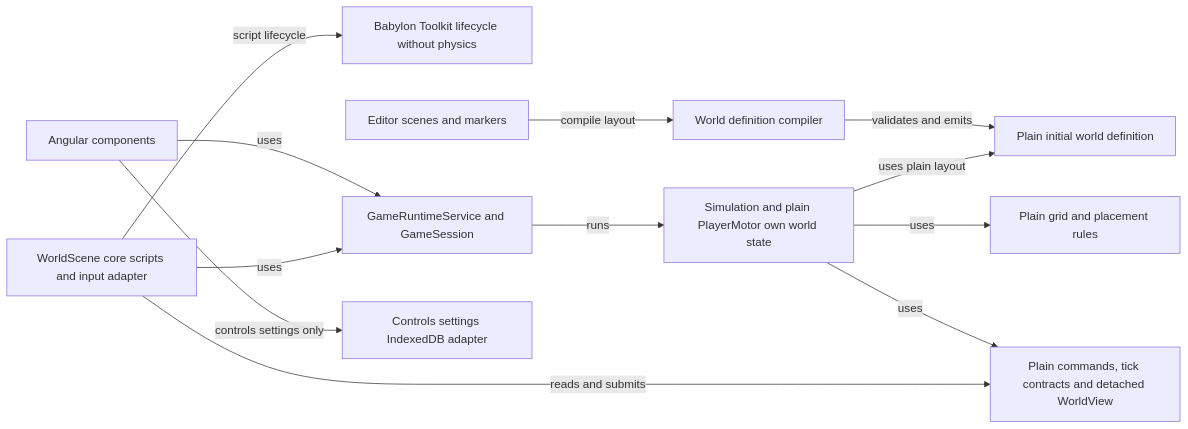
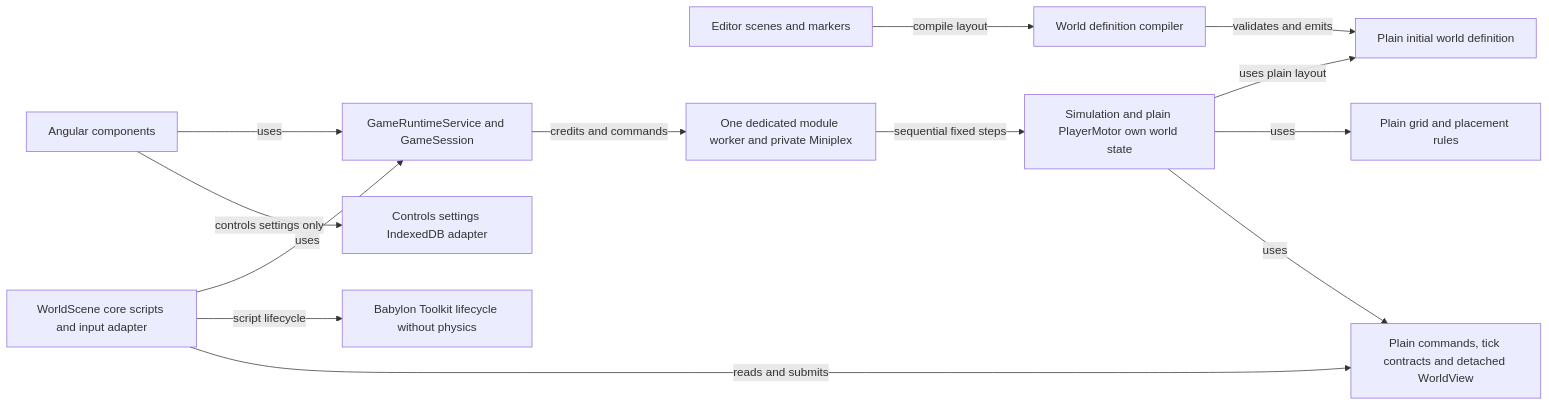
The first of 5 diagrams in docs/plans/README.md (Googlproxer/Scrapworks), drawn with Mermaid before and after one commit. The commit also changed other lines of this file and 49 other files, not shown here.

````diff
--- a/docs/plans/README.md
+++ b/docs/plans/README.md
@@ -120,26 +122,28 @@
 ```mermaid
 flowchart LR
     Angular[Angular components]
     Babylon[WorldScene core scripts and input adapter]
     Toolkit[Babylon Toolkit lifecycle without physics]
     Editor[Editor scenes and markers]
     Compiler[World definition compiler]
     Definition[Plain initial world definition]
     Application[GameRuntimeService and GameSession]
     Simulation[Simulation and plain PlayerMotor own world state]
     Grid[Plain grid and placement rules]
     Model[Plain commands, tick contracts and detached WorldView]
     Settings[Controls settings IndexedDB adapter]
 
     Editor -->|compile layout| Compiler
     Compiler -->|validates and emits| Definition
     Simulation -->|uses plain layout| Definition
     Angular -->|uses| Application
     Babylon -->|uses| Application
     Babylon -->|script lifecycle| Toolkit
-    Application -->|runs| Simulation
+    Worker[One dedicated module worker and private Miniplex]
+    Application -->|credits and commands| Worker
+    Worker -->|sequential fixed steps| Simulation
     Angular -->|controls settings only| Settings
     Simulation -->|uses| Grid
     Simulation -->|uses| Model
     Babylon -->|reads and submits| Model
 ```
````
